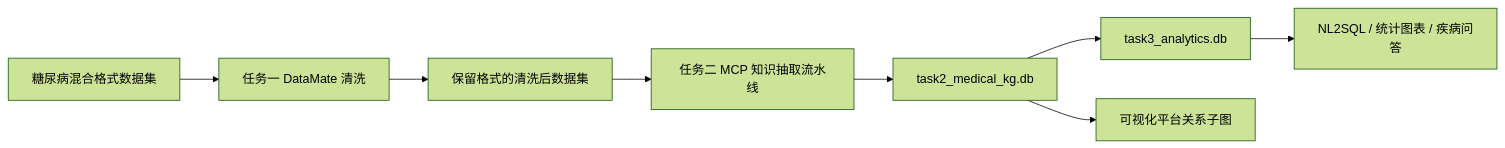
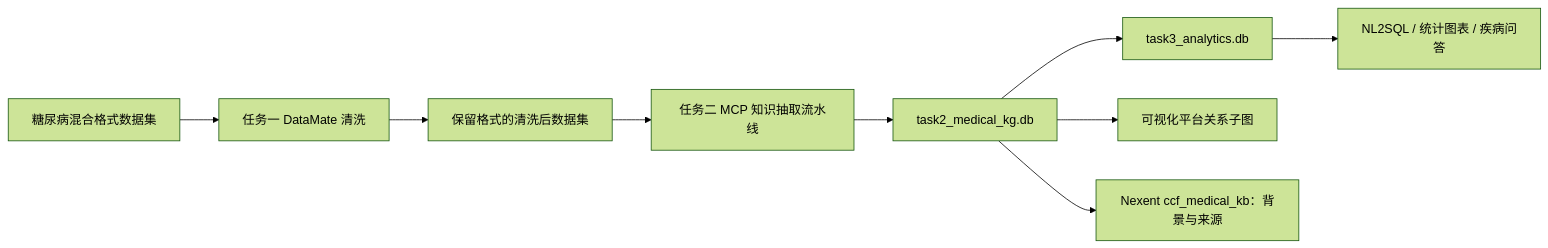
The diagram in docs/ARCHITECTURE_AND_IMPLEMENTATION.md (Amanon-666/medical-agent), drawn with Mermaid (forest theme) before and after one commit. The commit also changed other lines of this file and 16 other files, not shown here.

Commit message:
docs(task3): refine evaluation narrative and charts

````diff
--- a/docs/ARCHITECTURE_AND_IMPLEMENTATION.md
+++ b/docs/ARCHITECTURE_AND_IMPLEMENTATION.md
@@ -140,10 +141,11 @@
 ```mermaid
 flowchart LR
     A["糖尿病混合格式数据集"] --> B["任务一 DataMate 清洗"]
     B --> C["保留格式的清洗后数据集"]
     C --> D["任务二 MCP 知识抽取流水线"]
     D --> E["task2_medical_kg.db"]
     E --> F["task3_analytics.db"]
     E --> G["可视化平台关系子图"]
-    F --> H["NL2SQL / 统计图表 / 疾病问答"]
+    E --> H["Nexent ccf_medical_kb：背景与来源"]
+    F --> I["NL2SQL / 统计图表 / 疾病问答"]
 ```
````
